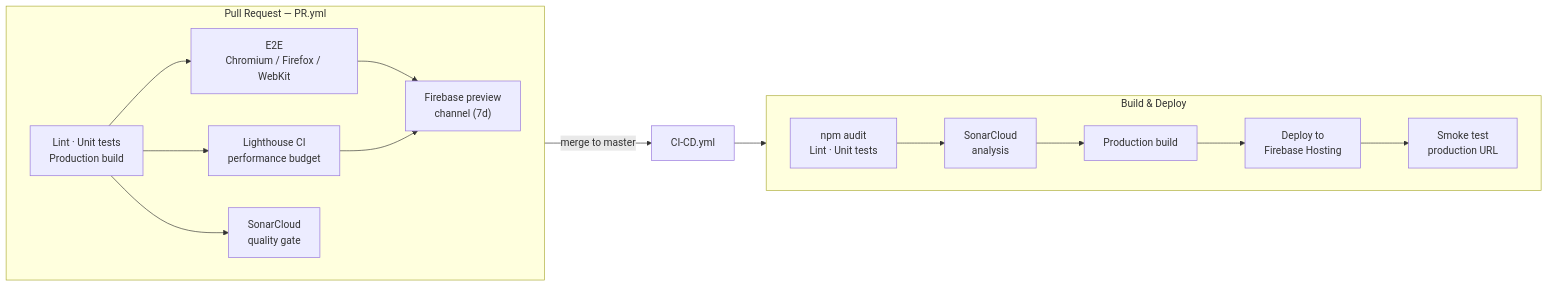
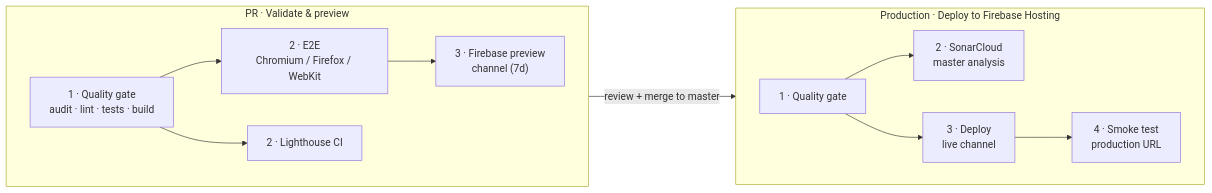
The diagram in README.md (jesuscorral/Concurso.homebrewer.cordoba), drawn with Mermaid before and after one commit. The commit also changed other lines of this file and 41 other files, not shown here.

````diff
--- a/README.md
+++ b/README.md
@@ -60,17 +61,15 @@
 ```mermaid
 flowchart LR
-    subgraph PR["Pull Request — PR.yml"]
+    subgraph PR["PR · Validate & preview"]
         direction LR
-        Q["Lint · Unit tests<br/>Production build"] --> E["E2E<br/>Chromium / Firefox / WebKit"]
-        Q --> L["Lighthouse CI<br/>performance budget"]
-        E --> P["Firebase preview<br/>channel (7d)"]
-        L --> P
-        Q --> SC["SonarCloud<br/>quality gate"]
+        Q["1 · Quality gate<br/>audit · lint · tests · build"] --> E["2 · E2E<br/>Chromium / Firefox / WebKit"]
+        Q --> L["2 · Lighthouse CI"]
+        E --> P["3 · Firebase preview<br/>channel (7d)"]
     end
-    PR -->|merge to master| CD["CI-CD.yml"]
-    subgraph CD_STEPS["Build & Deploy"]
+    PR -->|review + merge to master| CD
+    subgraph CD["Production · Deploy to Firebase Hosting"]
         direction LR
-        A["npm audit<br/>Lint · Unit tests"] --> SC2["SonarCloud<br/>analysis"] --> B["Production build"] --> D["Deploy to<br/>Firebase Hosting"] --> S["Smoke test<br/>production URL"]
+        Q2["1 · Quality gate"] --> SC2["2 · SonarCloud<br/>master analysis"]
+        Q2 --> D["3 · Deploy<br/>live channel"] --> S["4 · Smoke test<br/>production URL"]
     end
-    CD --> CD_STEPS
 ```
````
